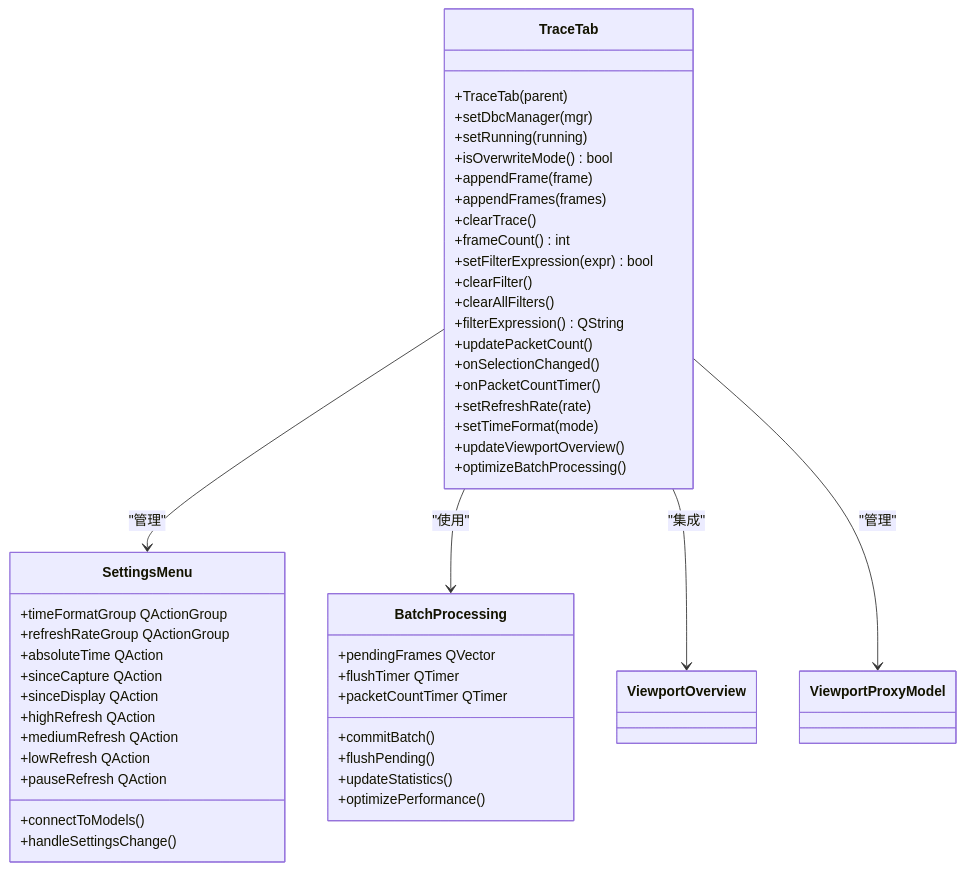
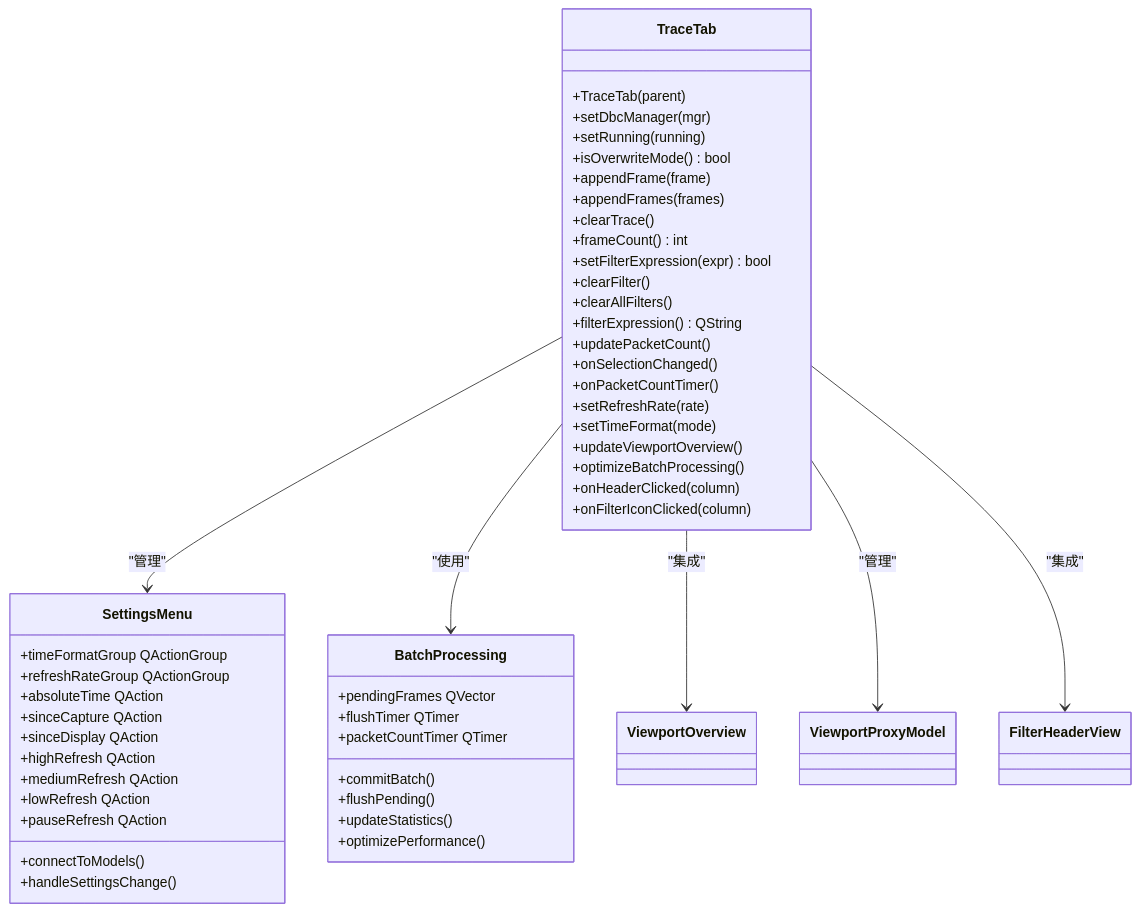
Before and after one commit to jakecai1225-design/OpenBus: diagram 16 of 26 in .qoder/repowiki/zh/content/架构设计/UI系统设计/UI系统设计.md, drawn with Mermaid. The commit also changed other lines of this file and 39 other files, not shown here.

````diff
--- a/.qoder/repowiki/zh/content/架构设计/UI系统设计/UI系统设计.md
+++ b/.qoder/repowiki/zh/content/架构设计/UI系统设计/UI系统设计.md
@@ -1163,50 +1240,53 @@
 ```mermaid
 classDiagram
 class TraceTab {
 +TraceTab(parent)
 +setDbcManager(mgr)
 +setRunning(running)
 +isOverwriteMode() bool
 +appendFrame(frame)
 +appendFrames(frames)
 +clearTrace()
 +frameCount() int
 +setFilterExpression(expr) bool
 +clearFilter()
 +clearAllFilters()
 +filterExpression() QString
 +updatePacketCount()
 +onSelectionChanged()
 +onPacketCountTimer()
 +setRefreshRate(rate)
 +setTimeFormat(mode)
 +updateViewportOverview()
 +optimizeBatchProcessing()
++onHeaderClicked(column)
++onFilterIconClicked(column)
 }
 class SettingsMenu {
 +timeFormatGroup QActionGroup
 +refreshRateGroup QActionGroup
 +absoluteTime QAction
 +sinceCapture QAction
 +sinceDisplay QAction
 +highRefresh QAction
 +mediumRefresh QAction
 +lowRefresh QAction
 +pauseRefresh QAction
 +connectToModels()
 +handleSettingsChange()
 }
 class BatchProcessing {
 +pendingFrames QVector<CanFrame>
 +flushTimer QTimer
 +packetCountTimer QTimer
 +commitBatch()
 +flushPending()
 +updateStatistics()
 +optimizePerformance()
 }
 TraceTab --> SettingsMenu : "管理"
 TraceTab --> BatchProcessing : "使用"
 TraceTab --> ViewportOverview : "集成"
 TraceTab --> ViewportProxyModel : "管理"
+TraceTab --> FilterHeaderView : "集成"
 ```
````
